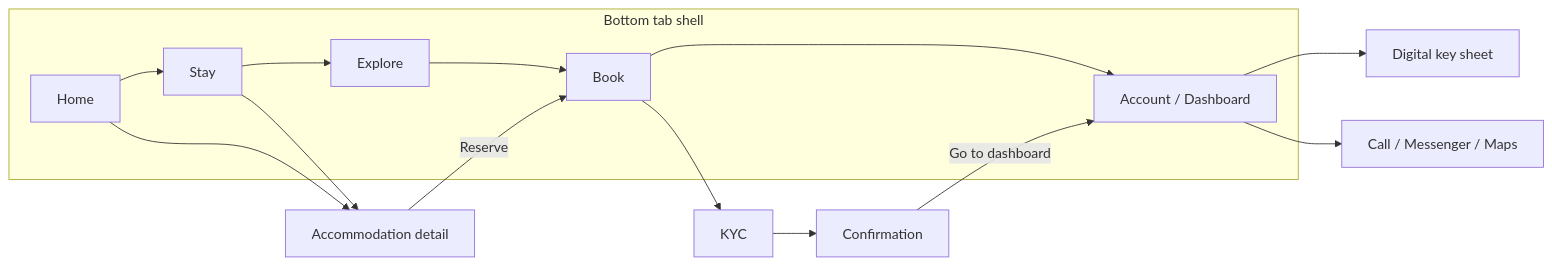
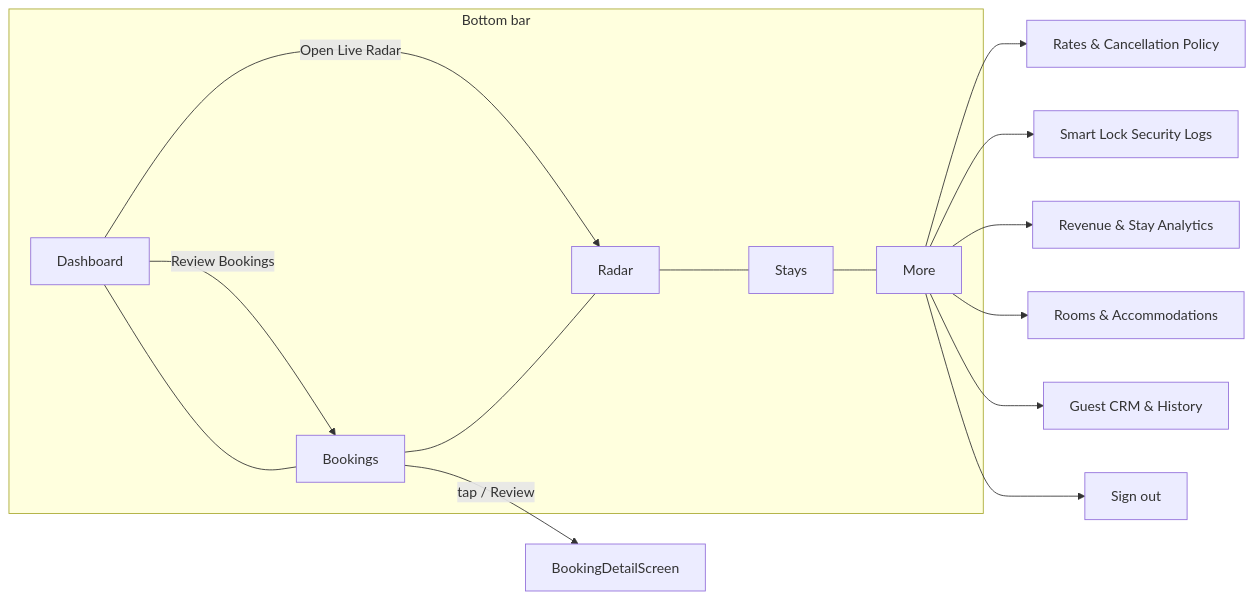
Before and after one commit to JOHN-REY-CARLO-A-GEMAO/hacienda-de-luisana: the second of 3 diagrams in docs/FLUTTER_FLOW.md, drawn with Mermaid. The commit also changed other lines of this file and 141 other files, not shown here.

````diff
--- a/docs/FLUTTER_FLOW.md
+++ b/docs/FLUTTER_FLOW.md
@@ -80,14 +33,15 @@
 ```mermaid
 flowchart LR
-    subgraph Tabs [Bottom tab shell]
-        T1[Home] --> T2[Stay] --> T3[Explore] --> T4[Book] --> T5[Account / Dashboard]
+    subgraph Tabs [Bottom bar]
+        T1[Dashboard] --- T2[Bookings] --- T3[Radar] --- T4[Stays] --- T5[More]
     end
-    T1 --> D1[Accommodation detail]
-    T2 --> D1
-    D1 -->|Reserve| T4
-    T4 --> K[KYC]
-    K --> C[Confirmation]
-    C -->|Go to dashboard| T5
-    T5 --> V[Digital key sheet]
-    T5 --> H[Call / Messenger / Maps]
+    T5 --> M1[Rates & Cancellation Policy]
+    T5 --> M2[Smart Lock Security Logs]
+    T5 --> M3[Revenue & Stay Analytics]
+    T5 --> M4[Rooms & Accommodations]
+    T5 --> M5[Guest CRM & History]
+    T5 --> M6[Sign out]
+    T1 -->|Review Bookings| T2
+    T1 -->|Open Live Radar| T3
+    T2 -->|tap / Review| D[BookingDetailScreen]
 ```
````
